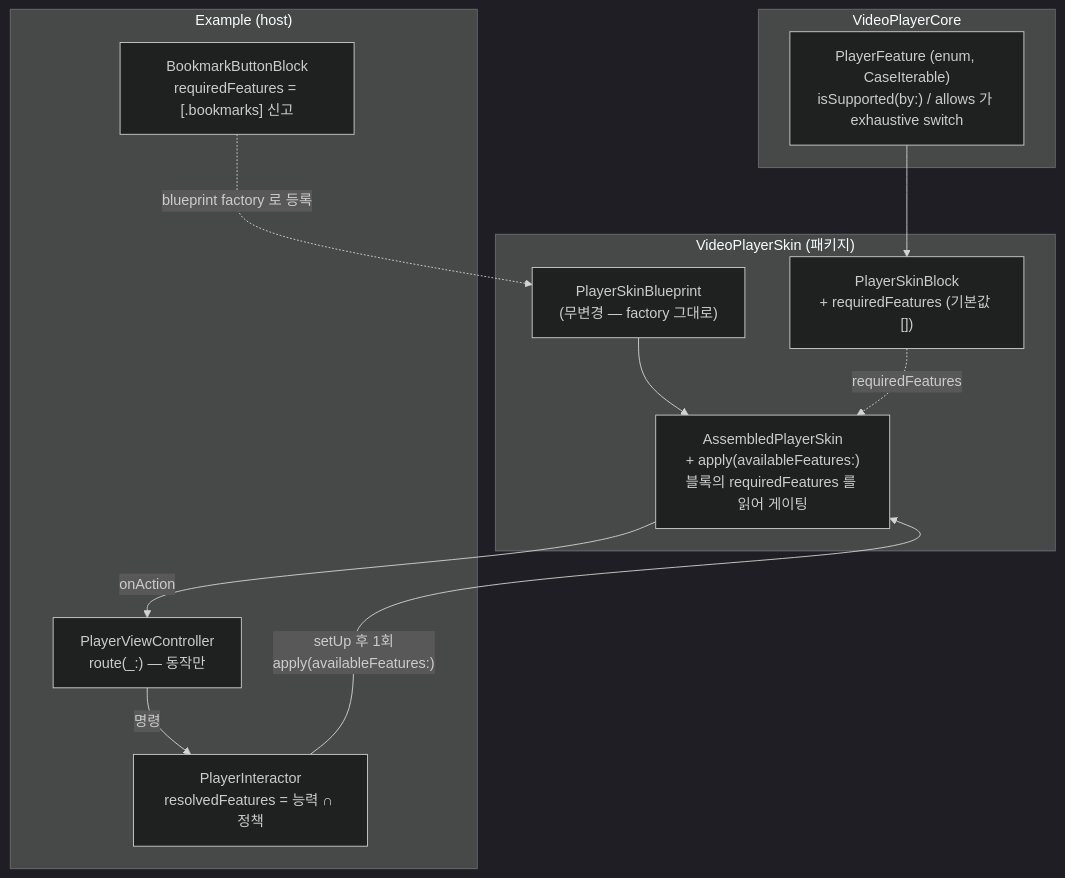
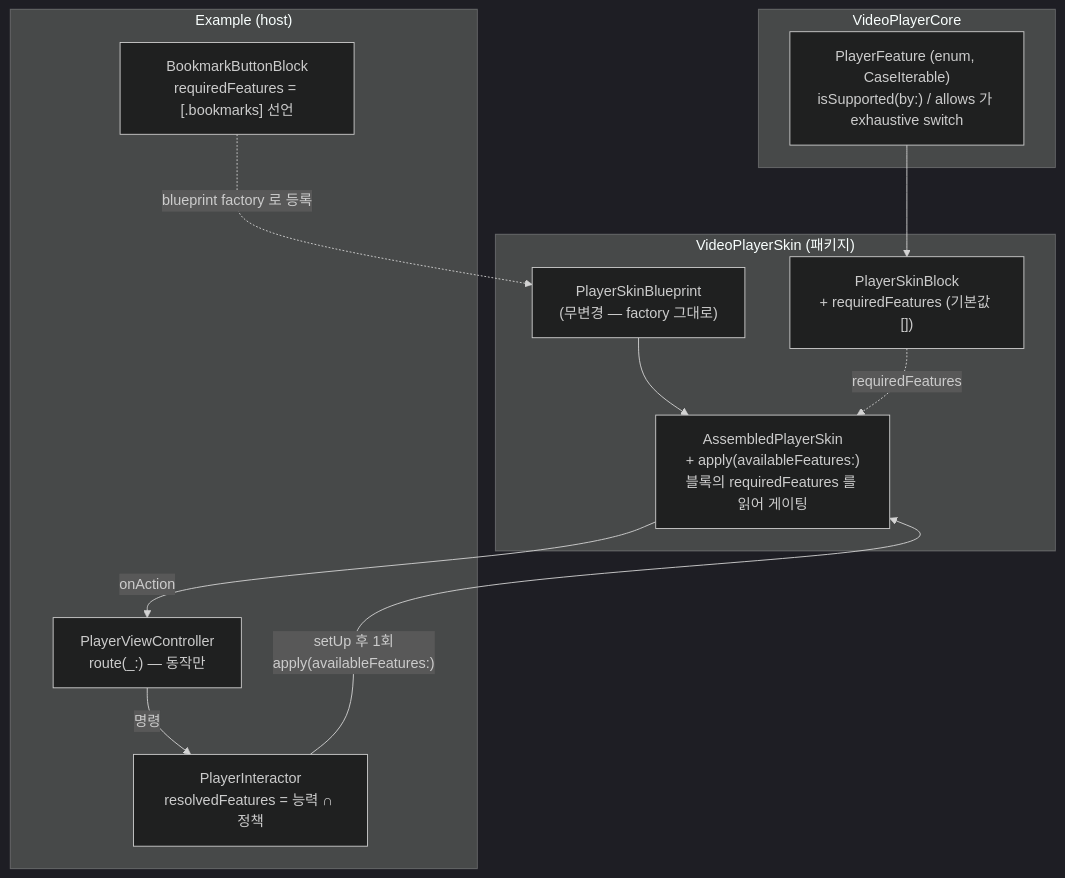
Before and after one commit to megastudymobile/ms-videoplayer-ios: the fifth of 7 diagrams in docs/skin-feature-gating-redesign.md, drawn with Mermaid (dark theme). The commit also changed other lines of this file and 4 other files, not shown here.

````diff
--- a/docs/skin-feature-gating-redesign.md
+++ b/docs/skin-feature-gating-redesign.md
@@ -238,26 +238,26 @@
 ```mermaid
 flowchart TB
     subgraph Package["VideoPlayerSkin (패키지)"]
         PB["PlayerSkinBlock<br/>+ requiredFeatures (기본값 [])"]
         BP["PlayerSkinBlueprint<br/>(무변경 — factory 그대로)"]
         Skin["AssembledPlayerSkin<br/>+ apply(availableFeatures:)<br/>블록의 requiredFeatures 를 읽어 게이팅"]
         BP --> Skin
         PB -.requiredFeatures.-> Skin
     end
 
     subgraph Core["VideoPlayerCore"]
         FA["PlayerFeature (enum, CaseIterable)<br/>isSupported(by:) / allows 가 exhaustive switch"]
     end
 
     subgraph Example["Example (host)"]
-        BBB["BookmarkButtonBlock<br/>requiredFeatures = [.bookmarks] 신고"]
+        BBB["BookmarkButtonBlock<br/>requiredFeatures = [.bookmarks] 선언"]
         INT["PlayerInteractor<br/>resolvedFeatures = 능력 ∩ 정책"]
         VC["PlayerViewController<br/>route(_:) — 동작만"]
     end
 
     FA --> PB
     BBB -.blueprint factory 로 등록.-> BP
     INT -->|"setUp 후 1회<br/>apply(availableFeatures:)"| Skin
     Skin -->|"onAction"| VC
     VC -->|"명령"| INT
 ```
````
